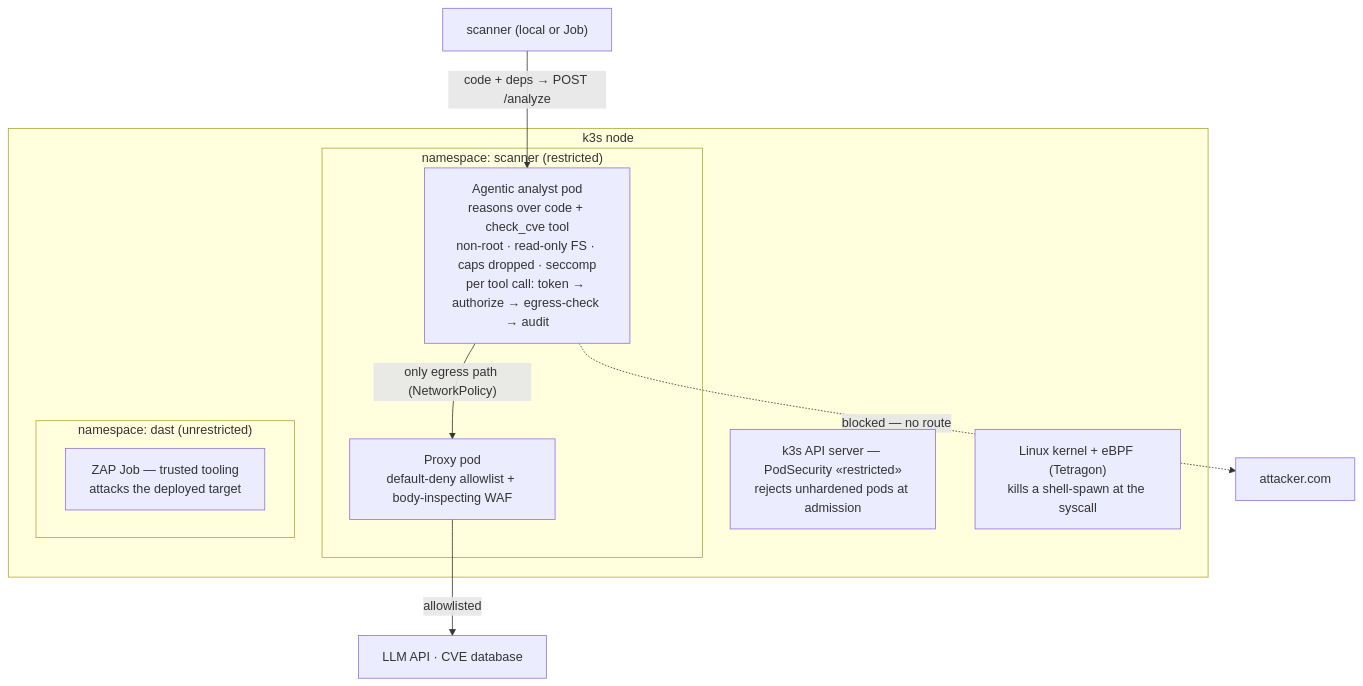
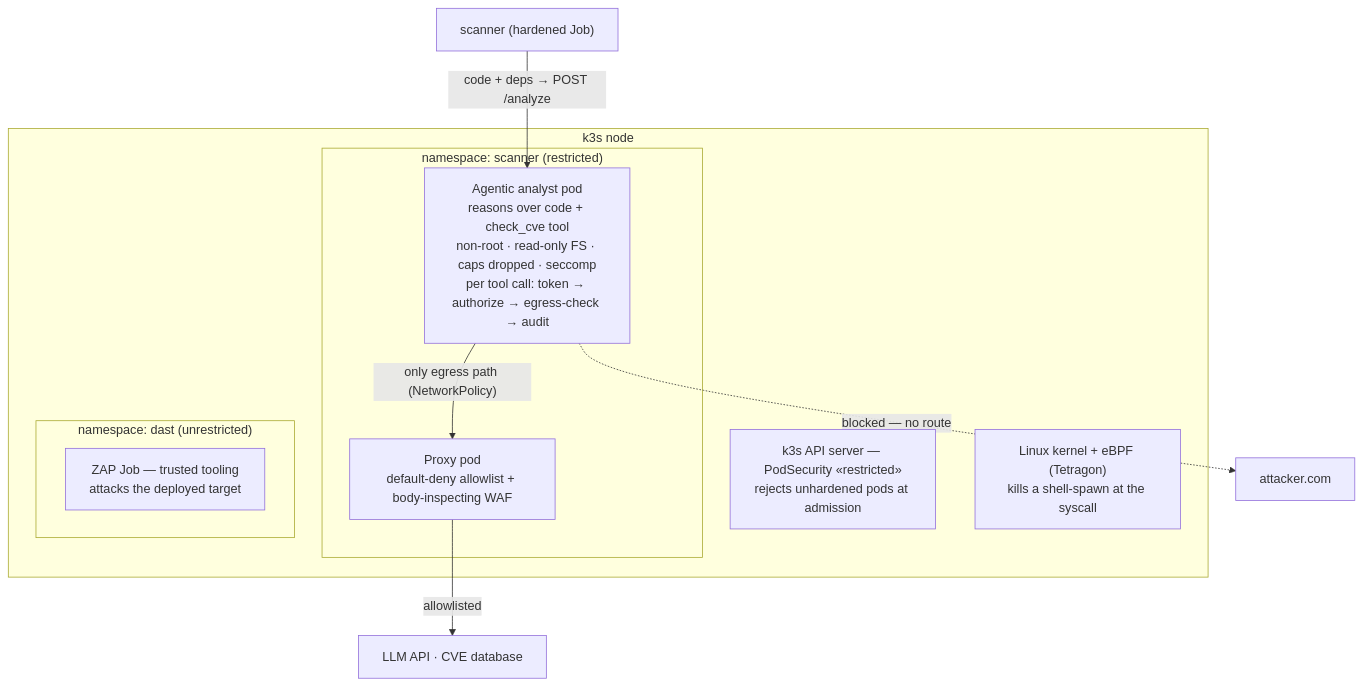
The second of 2 diagrams in README.md (kent12112/codescan), drawn with Mermaid before and after one commit. The commit also changed other lines of this file and 19 other files, not shown here.

Commit message:
Run scanning pipeline in a hardened Kubernetes Job

````diff
--- a/README.md
+++ b/README.md
@@ -70,18 +70,18 @@
 ```mermaid
 flowchart TB
     subgraph NODE["k3s node"]
         API["k3s API server — PodSecurity «restricted»<br/>rejects unhardened pods at admission"]
         KERNEL["Linux kernel + eBPF (Tetragon)<br/>kills a shell-spawn at the syscall"]
         subgraph NS["namespace: scanner (restricted)"]
             AGENT["Agentic analyst pod<br/>reasons over code + check_cve tool<br/>non-root · read-only FS · caps dropped · seccomp<br/>per tool call: token → authorize → egress-check → audit"]
             PROXY["Proxy pod<br/>default-deny allowlist + body-inspecting WAF"]
         end
         subgraph DNS["namespace: dast (unrestricted)"]
             ZAP["ZAP Job — trusted tooling<br/>attacks the deployed target"]
         end
     end
-    PIPE["scanner (local or Job)"] -->|"code + deps → POST /analyze"| AGENT
+    PIPE["scanner (hardened Job)"] -->|"code + deps → POST /analyze"| AGENT
     AGENT -->|"only egress path (NetworkPolicy)"| PROXY
     PROXY -->|"allowlisted"| NET["LLM API · CVE database"]
     AGENT -.->|"blocked — no route"| EVIL["attacker.com"]
 ```
````
